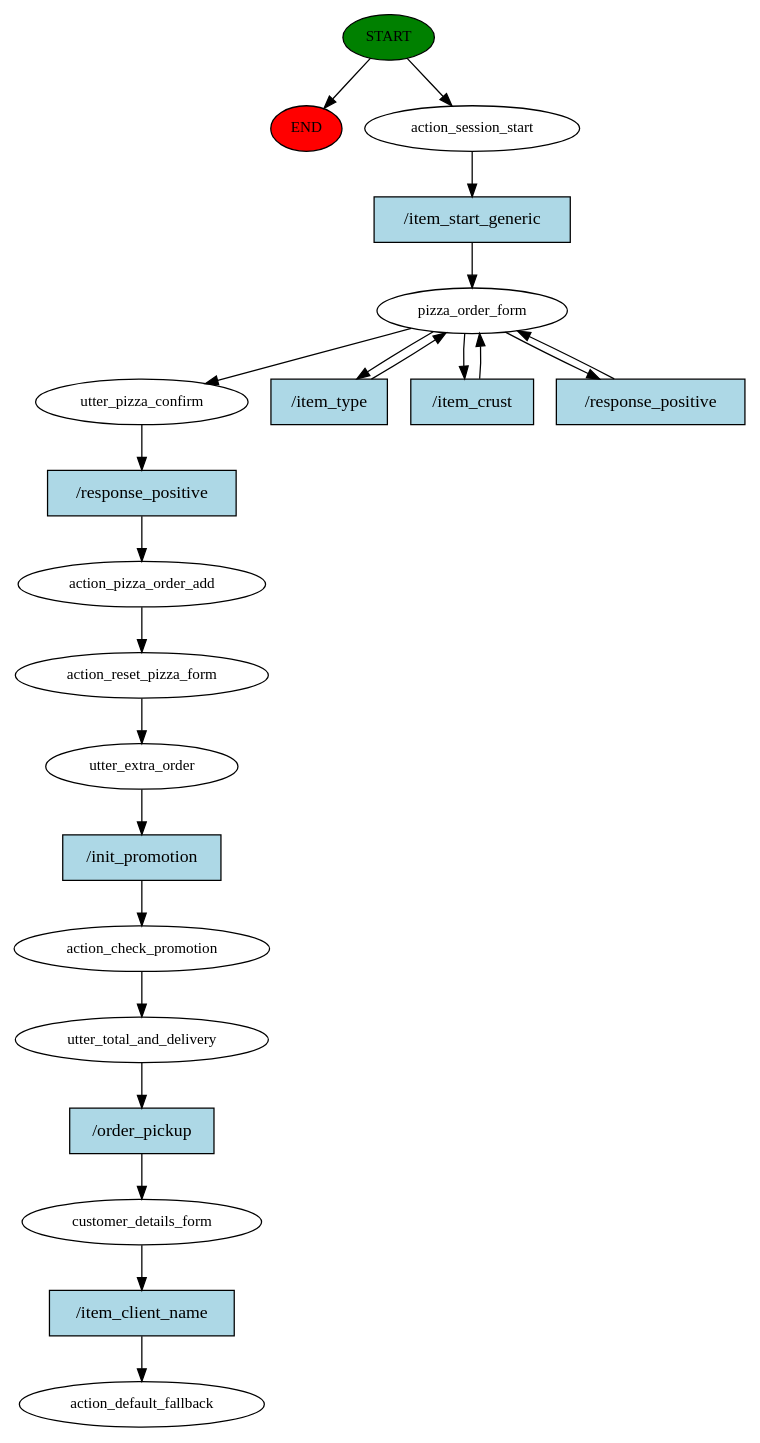
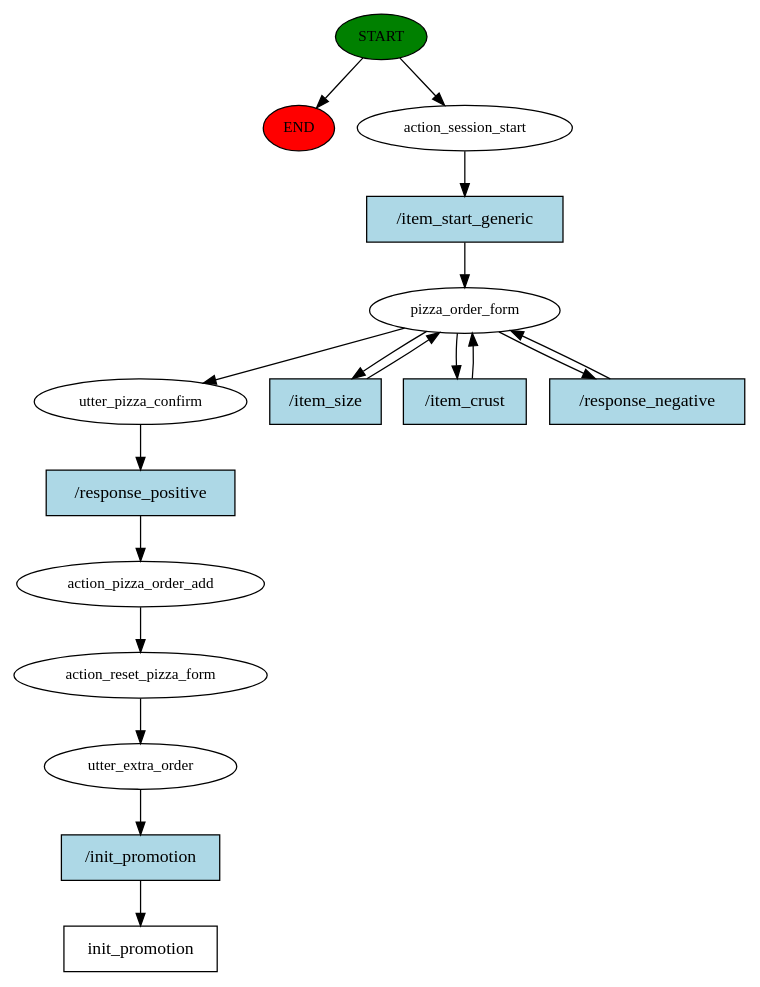
One commit to pasterzewa/HMD-PizzaBot-project changed the diagram in story_graph.dot. Above: the diagram before and after it, drawn with Graphviz. The commit also changed 200 other files, not shown here.

```diff
--- a/story_graph.dot
+++ b/story_graph.dot
@@ -1,44 +1,34 @@
 digraph  {
 0 [class="start active", fillcolor=green, fontsize=12, label=START, style=filled];
 "-1" [class=end, fillcolor=red, fontsize=12, label=END, style=filled];
 1 [class=active, fontsize=12, label=action_session_start];
 2 [class=active, fontsize=12, label=pizza_order_form];
 6 [class=active, fontsize=12, label=utter_pizza_confirm];
 7 [class=active, fontsize=12, label=action_pizza_order_add];
 8 [class=active, fontsize=12, label=action_reset_pizza_form];
 9 [class=active, fontsize=12, label=utter_extra_order];
-10 [class=active, fontsize=12, label=action_check_promotion];
-11 [class=active, fontsize=12, label=utter_total_and_delivery];
-12 [class=active, fontsize=12, label=customer_details_form];
-13 [class="dashed active", fontsize=12, label=action_default_fallback];
-14 [class="intent active", fillcolor=lightblue, label="/item_start_generic", shape=rect, style=filled];
-15 [class="intent active", fillcolor=lightblue, label="/item_type", shape=rect, style=filled];
-16 [class="intent active", fillcolor=lightblue, label="/item_crust", shape=rect, style=filled];
-17 [class="intent active", fillcolor=lightblue, label="/response_positive", shape=rect, style=filled];
-18 [class="intent active", fillcolor=lightblue, label="/response_positive", shape=rect, style=filled];
-19 [class="intent active", fillcolor=lightblue, label="/init_promotion", shape=rect, style=filled];
-20 [class="intent active", fillcolor=lightblue, label="/order_pickup", shape=rect, style=filled];
-21 [class="intent active", fillcolor=lightblue, label="/item_client_name", shape=rect, style=filled];
+10 [class="intent dashed active", label=init_promotion, shape=rect];
+11 [class="intent active", fillcolor=lightblue, label="/item_start_generic", shape=rect, style=filled];
+12 [class="intent active", fillcolor=lightblue, label="/item_size", shape=rect, style=filled];
+13 [class="intent active", fillcolor=lightblue, label="/item_crust", shape=rect, style=filled];
+14 [class="intent active", fillcolor=lightblue, label="/response_negative", shape=rect, style=filled];
+15 [class="intent active", fillcolor=lightblue, label="/response_positive", shape=rect, style=filled];
+16 [class="intent active", fillcolor=lightblue, label="/init_promotion", shape=rect, style=filled];
 0 -> "-1"  [class="", key=NONE, label=""];
 0 -> 1  [class=active, key=NONE, label=""];
-1 -> 14  [class=active, key=0];
+1 -> 11  [class=active, key=0];
 2 -> 6  [class=active, key=NONE, label=""];
-2 -> 15  [class=active, key=0];
-2 -> 16  [class=active, key=0];
-2 -> 17  [class=active, key=0];
-6 -> 18  [class=active, key=0];
+2 -> 12  [class=active, key=0];
+2 -> 13  [class=active, key=0];
+2 -> 14  [class=active, key=0];
+6 -> 15  [class=active, key=0];
 7 -> 8  [class=active, key=NONE, label=""];
 8 -> 9  [class=active, key=NONE, label=""];
-9 -> 19  [class=active, key=0];
-10 -> 11  [class=active, key=NONE, label=""];
-11 -> 20  [class=active, key=0];
-12 -> 21  [class=active, key=0];
+9 -> 16  [class=active, key=0];
+11 -> 2  [class=active, key=0];
+12 -> 2  [class=active, key=0];
+13 -> 2  [class=active, key=0];
 14 -> 2  [class=active, key=0];
-15 -> 2  [class=active, key=0];
-16 -> 2  [class=active, key=0];
-17 -> 2  [class=active, key=0];
-18 -> 7  [class=active, key=0];
-19 -> 10  [class=active, key=0];
-20 -> 12  [class=active, key=0];
-21 -> 13  [class=active, key=0];
+15 -> 7  [class=active, key=0];
+16 -> 10  [class=active, key=0];
 }
```
